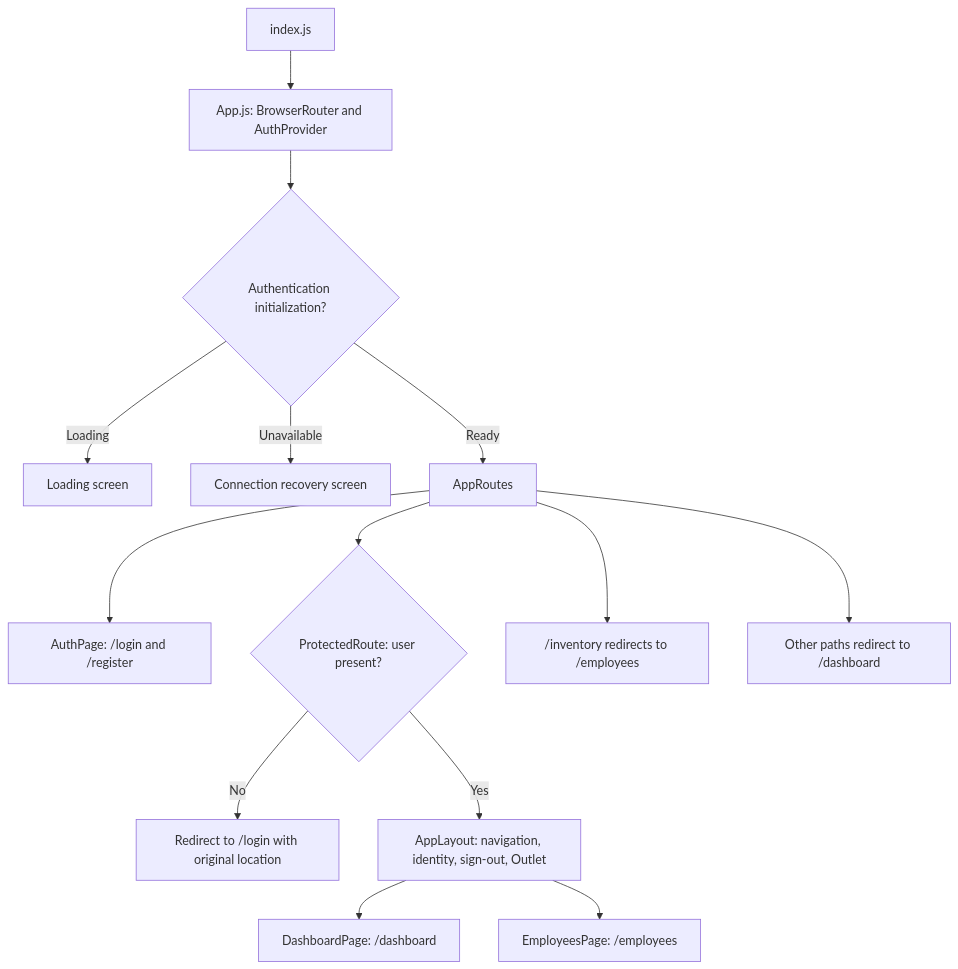
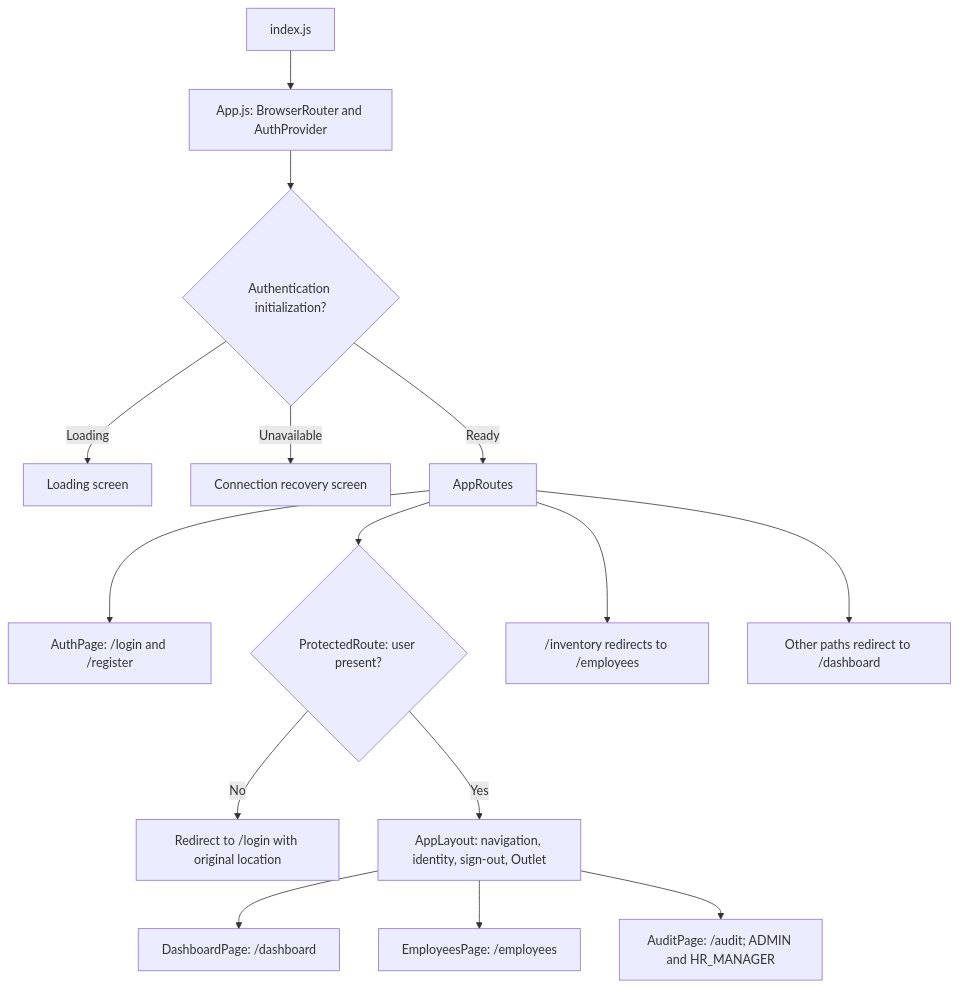
The fifth of 52 diagrams in README.md (herve192-hub/WorkSphere), drawn with Mermaid before and after one commit. The commit also changed other lines of this file and 51 other files, not shown here.

````diff
--- a/README.md
+++ b/README.md
@@ -426,16 +448,17 @@
 ```mermaid
 flowchart TD
     Entry["index.js"] --> App["App.js: BrowserRouter and AuthProvider"]
     App --> State{"Authentication initialization?"}
     State -->|Loading| Loading["Loading screen"]
     State -->|Unavailable| Recovery["Connection recovery screen"]
     State -->|Ready| Routes["AppRoutes"]
     Routes --> Public["AuthPage: /login and /register"]
     Routes --> Guard{"ProtectedRoute: user present?"}
     Guard -->|No| Login["Redirect to /login with original location"]
     Guard -->|Yes| Layout["AppLayout: navigation, identity, sign-out, Outlet"]
     Layout --> Dashboard["DashboardPage: /dashboard"]
     Layout --> Employees["EmployeesPage: /employees"]
+    Layout --> Audit["AuditPage: /audit; ADMIN and HR_MANAGER"]
     Routes --> Legacy["/inventory redirects to /employees"]
     Routes --> Fallback["Other paths redirect to /dashboard"]
 ```
````
